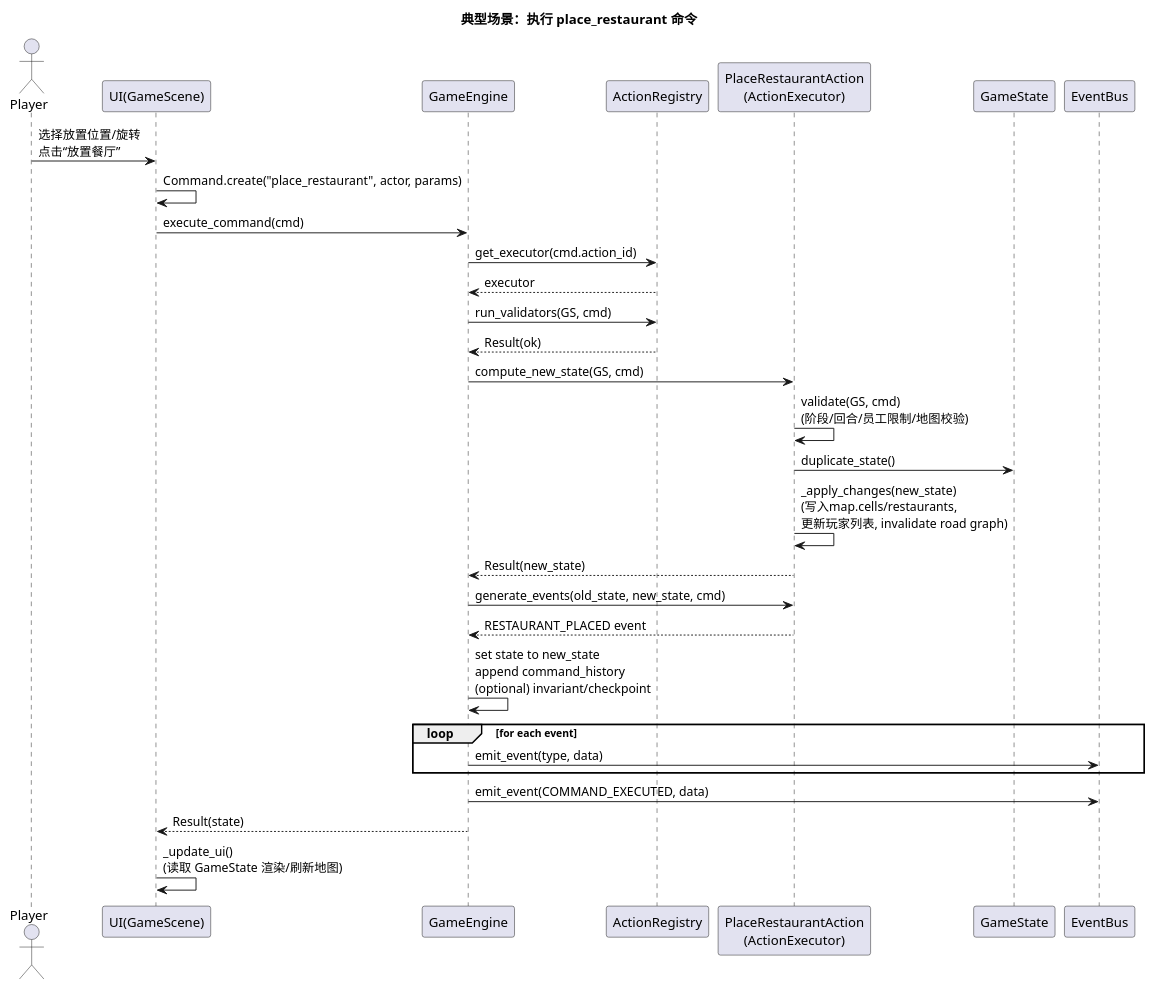
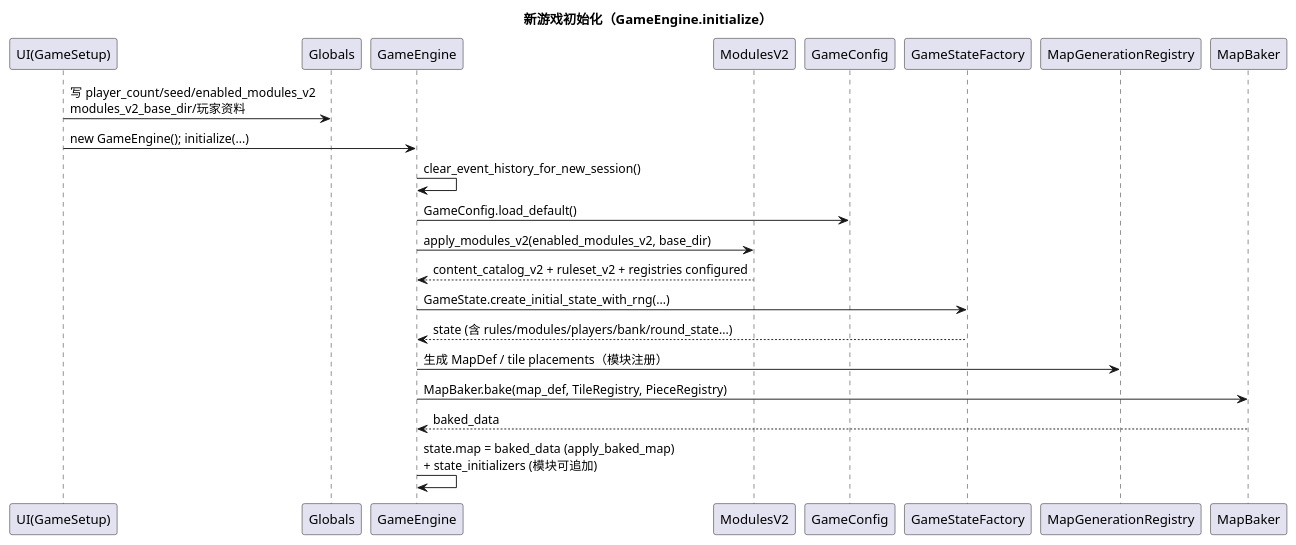
One commit to ygowill/food_chain_magnate changed the first of 2 diagrams in docs/architecture/00-system-overview.md. Above: the diagram before and after it, drawn with PlantUML. The commit also changed other lines of this file and 25 other files, not shown here.

Commit message:
docs(architecture): refresh docs to match current code

````diff
--- a/docs/architecture/00-system-overview.md
+++ b/docs/architecture/00-system-overview.md
@@ -168,42 +46,30 @@
 ```plantuml
 @startuml
-title 典型场景：执行 place_restaurant 命令
+title 新游戏初始化（GameEngine.initialize）
 
-actor Player as P
-participant "UI(GameScene)" as UI
+participant "UI(GameSetup)" as UI
+participant "Globals" as G
 participant "GameEngine" as GE
-participant "ActionRegistry" as AR
-participant "PlaceRestaurantAction\n(ActionExecutor)" as ACT
-participant "GameState" as GS
-participant "EventBus" as EB
+participant "ModulesV2" as M
+participant "GameConfig" as CFG
+participant "GameStateFactory" as F
+participant "MapGenerationRegistry" as MG
+participant "MapBaker" as MB
 
-P -> UI : 选择放置位置/旋转\n点击“放置餐厅”
-UI -> UI : Command.create("place_restaurant", actor, params)
-UI -> GE : execute_command(cmd)
+UI -> G : 写 player_count/seed/enabled_modules_v2\nmodules_v2_base_dir/玩家资料
+UI -> GE : new GameEngine(); initialize(...)
 
-GE -> AR : get_executor(cmd.action_id)
-AR --> GE : executor
+GE -> GE : clear_event_history_for_new_session()
+GE -> CFG : GameConfig.load_default()
+GE -> M : apply_modules_v2(enabled_modules_v2, base_dir)
+M --> GE : content_catalog_v2 + ruleset_v2 + registries configured
 
-GE -> AR : run_validators(GS, cmd)
-AR --> GE : Result(ok)
+GE -> F : GameState.create_initial_state_with_rng(...)
+F --> GE : state (含 rules/modules/players/bank/round_state...)
 
-GE -> ACT : compute_new_state(GS, cmd)
-ACT -> ACT : validate(GS, cmd)\n(阶段/回合/员工限制/地图校验)
-ACT -> GS : duplicate_state()
-ACT -> ACT : _apply_changes(new_state)\n(写入map.cells/restaurants,\n更新玩家列表, invalidate road graph)
-ACT --> GE : Result(new_state)
-
-GE -> ACT : generate_events(old_state, new_state, cmd)
-ACT --> GE : RESTAURANT_PLACED event
-
-GE -> GE : set state to new_state\nappend command_history\n(optional) invariant/checkpoint
-
-loop for each event
-  GE -> EB : emit_event(type, data)
-end
-GE -> EB : emit_event(COMMAND_EXECUTED, data)
-
-GE --> UI : Result(state)
-UI -> UI : _update_ui()\n(读取 GameState 渲染/刷新地图)
+GE -> MG : 生成 MapDef / tile placements（模块注册）
+GE -> MB : MapBaker.bake(map_def, TileRegistry, PieceRegistry)
+MB --> GE : baked_data
+GE -> GE : state.map = baked_data (apply_baked_map)\n+ state_initializers (模块可追加)
 @enduml
 ```
````
